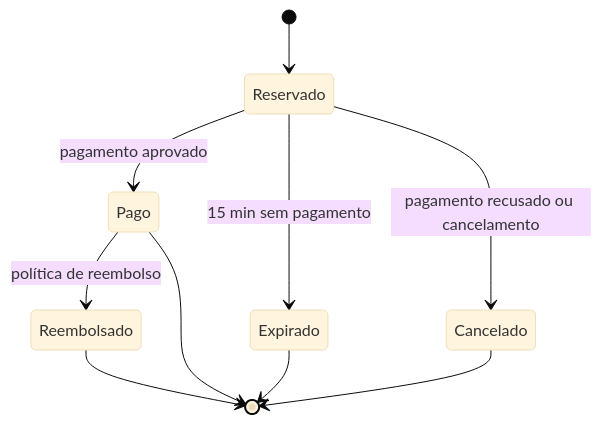
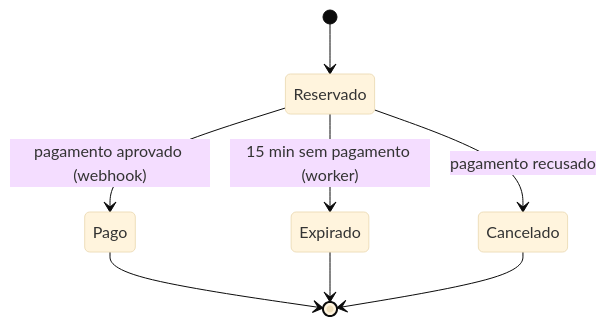
One commit to MarcosProchnow/eventmaster changed the fifth of 5 diagrams in docs/diagramas/c4.md. Above: the diagram before and after it, drawn with Mermaid (base theme). The commit also changed other lines of this file and 20 other files, not shown here.

````diff
--- a/docs/diagramas/c4.md
+++ b/docs/diagramas/c4.md
@@ -30,12 +95,10 @@
 ```mermaid
 stateDiagram-v2
   [*] --> Reservado
-  Reservado --> Pago: pagamento aprovado
-  Reservado --> Expirado: 15 min sem pagamento
-  Reservado --> Cancelado: pagamento recusado ou cancelamento
-  Pago --> Reembolsado: política de reembolso
+  Reservado --> Pago: pagamento aprovado (webhook)
+  Reservado --> Expirado: 15 min sem pagamento (worker)
+  Reservado --> Cancelado: pagamento recusado
   Pago --> [*]
   Expirado --> [*]
   Cancelado --> [*]
-  Reembolsado --> [*]
 ```
````
